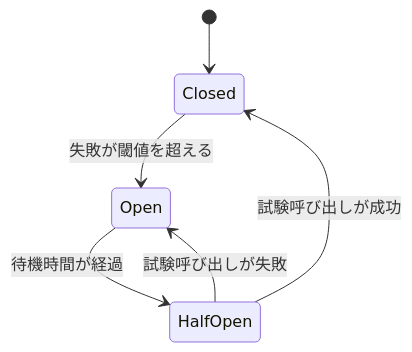
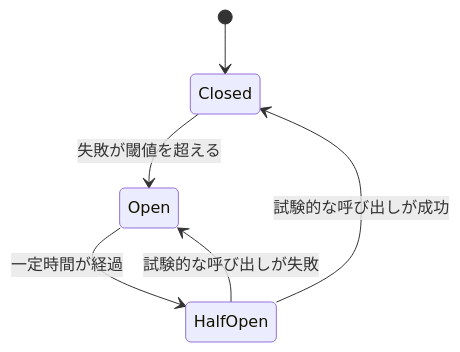
Before and after one commit to myoshi2891/Cloud-Infrastructure-and-Network-Studies: diagram 16 of 31 in Dva-c02-domain1-development-with-aws-services-guide.md, drawn with Mermaid. The commit also changed other lines of this file, not shown here.

````diff
--- a/Dva-c02-domain1-development-with-aws-services-guide.md
+++ b/Dva-c02-domain1-development-with-aws-services-guide.md
@@ -1134,8 +1258,8 @@
 ```mermaid
 stateDiagram-v2
     [*] --> Closed
-    Closed --> Open: 失敗が閾値を超える
-    Open --> HalfOpen: 待機時間が経過
-    HalfOpen --> Closed: 試験呼び出しが成功
-    HalfOpen --> Open: 試験呼び出しが失敗
+    Closed --> Open : 失敗が閾値を超える
+    Open --> HalfOpen : 一定時間が経過
+    HalfOpen --> Closed : 試験的な呼び出しが成功
+    HalfOpen --> Open : 試験的な呼び出しが失敗
 ```
````
